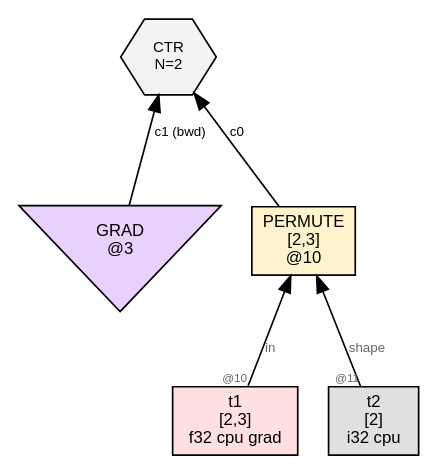
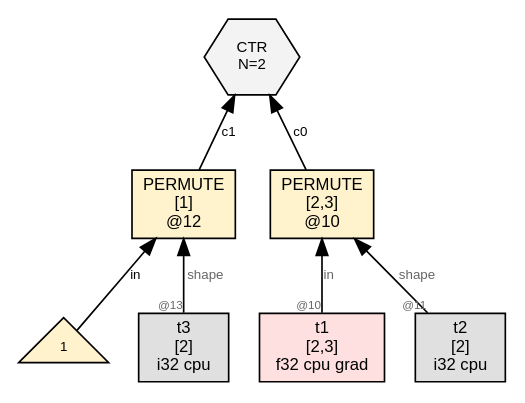
The diagram in wl/examples/thvm_graphs/grad_rules/permute/thvm_2_post_sweep.dot (sw1sh/TinyHVM), drawn with Graphviz before and after one commit. The commit also changed 4 other files, not shown here.

First line of the commit message:
grad: shape-aware SHRINK/PAD/PERMUTE backward on TAG_GF/TAG_GB

```diff
--- a/wl/examples/thvm_graphs/grad_rules/permute/thvm_2_post_sweep.dot
+++ b/wl/examples/thvm_graphs/grad_rules/permute/thvm_2_post_sweep.dot
@@ -1,15 +1,19 @@
 digraph G {
   rankdir=BT;
   node [fontname="Helvetica", fontsize=10, style=filled, shape=box, margin="0.1,0.05"];
   edge [fontsize=8, fontname="Helvetica"];
 
   n10 [label="PERMUTE\n[2,3]\n@10", shape=box, fillcolor="#fff3cd"];
   t1 [label="t1\n[2,3]\nf32 cpu grad",shape=box,fillcolor="#ffe0e0"];
   t1 -> n10 [label="in",taillabel="@10",labelfontsize=7,fontcolor="#666666"];
   t2 [label="t2\n[2]\ni32 cpu",shape=box,fillcolor="#e0e0e0"];
   t2 -> n10 [label="shape",taillabel="@11",labelfontsize=7,fontcolor="#666666"];
+  n12 [label="PERMUTE\n[1]\n@12", shape=box, fillcolor="#fff3cd"];
+  num12_0 [label="1",shape=triangle,fillcolor="#fff2cc",fontsize=8];
+  num12_0 -> n12 [label="in"];
+  t3 [label="t3\n[2]\ni32 cpu",shape=box,fillcolor="#e0e0e0"];
+  t3 -> n12 [label="shape",taillabel="@13",labelfontsize=7,fontcolor="#666666"];
   ctr6 [label="CTR\nN=2", shape=hexagon, fillcolor="#f3f3f3", fontsize=9];
   n10 -> ctr6 [label="c0"];
-  grad3 [label="GRAD\n@3", shape=invtriangle, fillcolor="#e8d0ff"];
-  grad3 -> ctr6 [label="c1 (bwd)"];
+  n12 -> ctr6 [label="c1"];
 }
```
